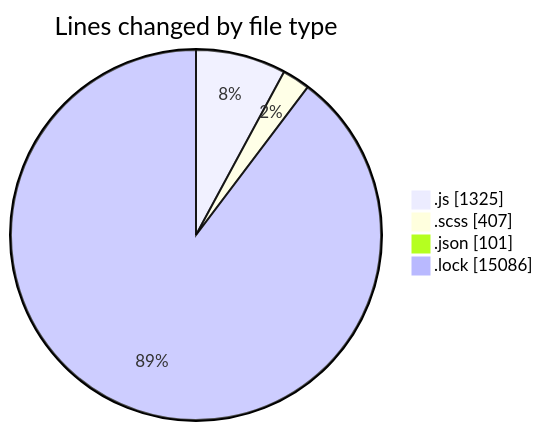
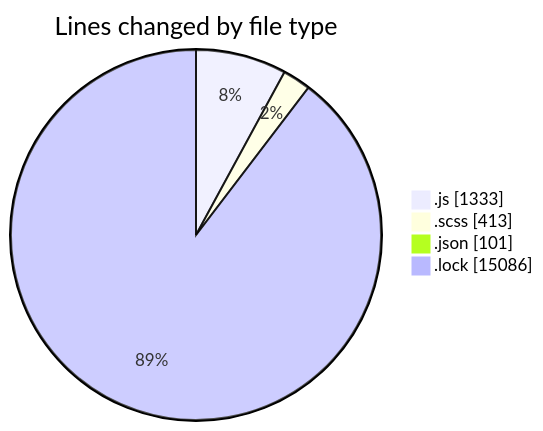
The first of 2 diagrams in 2026-01-05/cda/README.md (momahboobian/code-tracking), drawn with Mermaid before and after one commit. The commit also changed other lines of this file and 1 other file, not shown here.

````diff
--- a/2026-01-05/cda/README.md
+++ b/2026-01-05/cda/README.md
@@ -35,8 +36,8 @@
 ```mermaid
 pie showData
 title Lines changed by file type
-".js" : 1325
-".scss" : 407
+".js" : 1333
+".scss" : 413
 ".json" : 101
 ".lock" : 15086
 ```
````
